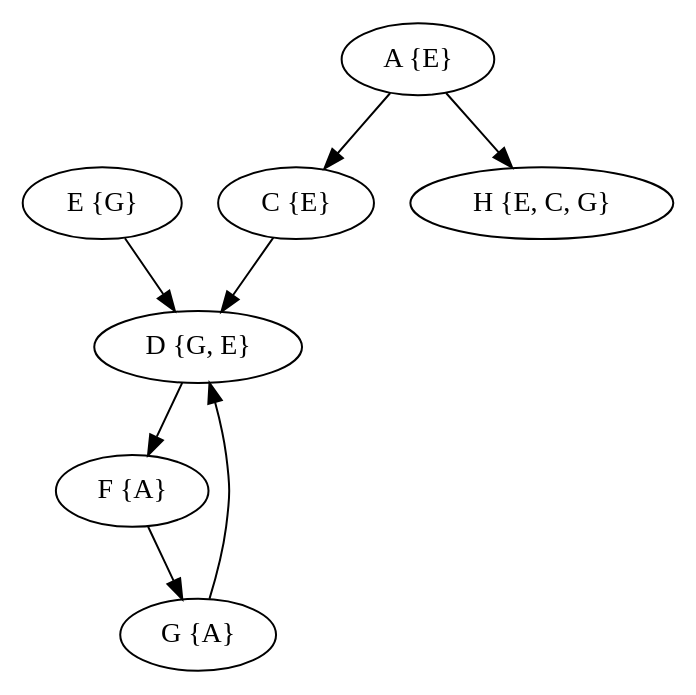
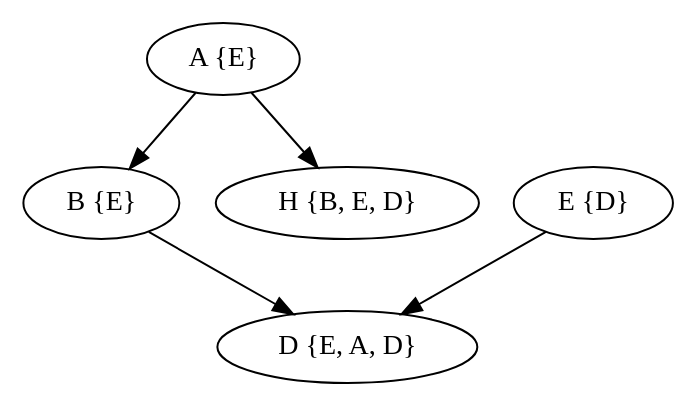
One commit to GiovA07/Pointer_Analysis changed the diagram in output/grafo.dot. Above: the diagram before and after it, drawn with Graphviz. The commit also changed 5 other files, not shown here.

```diff
--- a/output/grafo.dot
+++ b/output/grafo.dot
@@ -1,19 +1,14 @@
 digraph{
 
 rankdir=TB;
 
-D [label="D {G, E}"];
-F [label="F {A}"];
+D [label="D {E, A, D}"];
 A [label="A {E}"];
-G [label="G {A}"];
-E [label="E {G}"];
-C [label="C {E}"];
-H [label="H {E, C, G}"];
-D -> F;
-F -> G;
-A -> C;
+B [label="B {E}"];
+E [label="E {D}"];
+H [label="H {B, E, D}"];
+A -> B;
 A -> H;
-G -> D;
+B -> D;
 E -> D;
-C -> D;
 }
```
